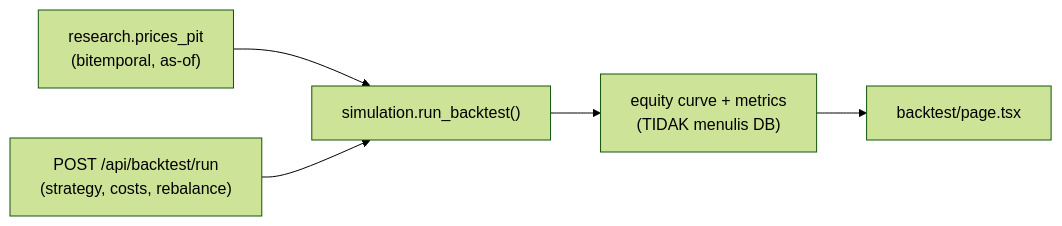
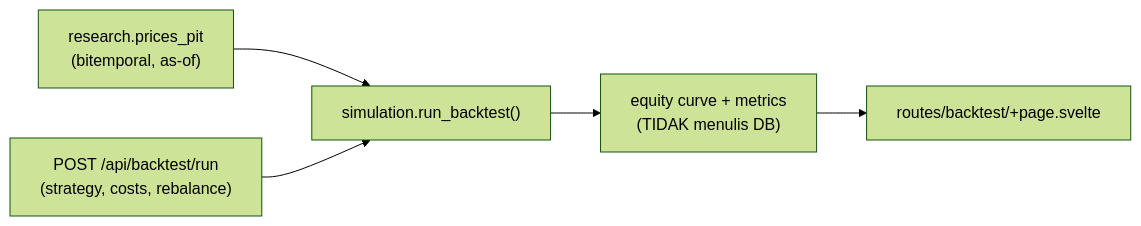
Before and after one commit to faizalajiw/idx-web: the fourth of 7 diagrams in docs/README.md, drawn with Mermaid (forest theme). The commit also changed other lines of this file and 30 other files, not shown here.

````diff
--- a/docs/README.md
+++ b/docs/README.md
@@ -131,7 +129,7 @@
 ```mermaid
 flowchart LR
     A["research.prices_pit<br/>(bitemporal, as-of)"] --> B["simulation.run_backtest()"]
     C["POST /api/backtest/run<br/>(strategy, costs, rebalance)"] --> B
     B --> D["equity curve + metrics<br/>(TIDAK menulis DB)"]
-    D --> E["backtest/page.tsx"]
+    D --> E["routes/backtest/+page.svelte"]
 ```
````
